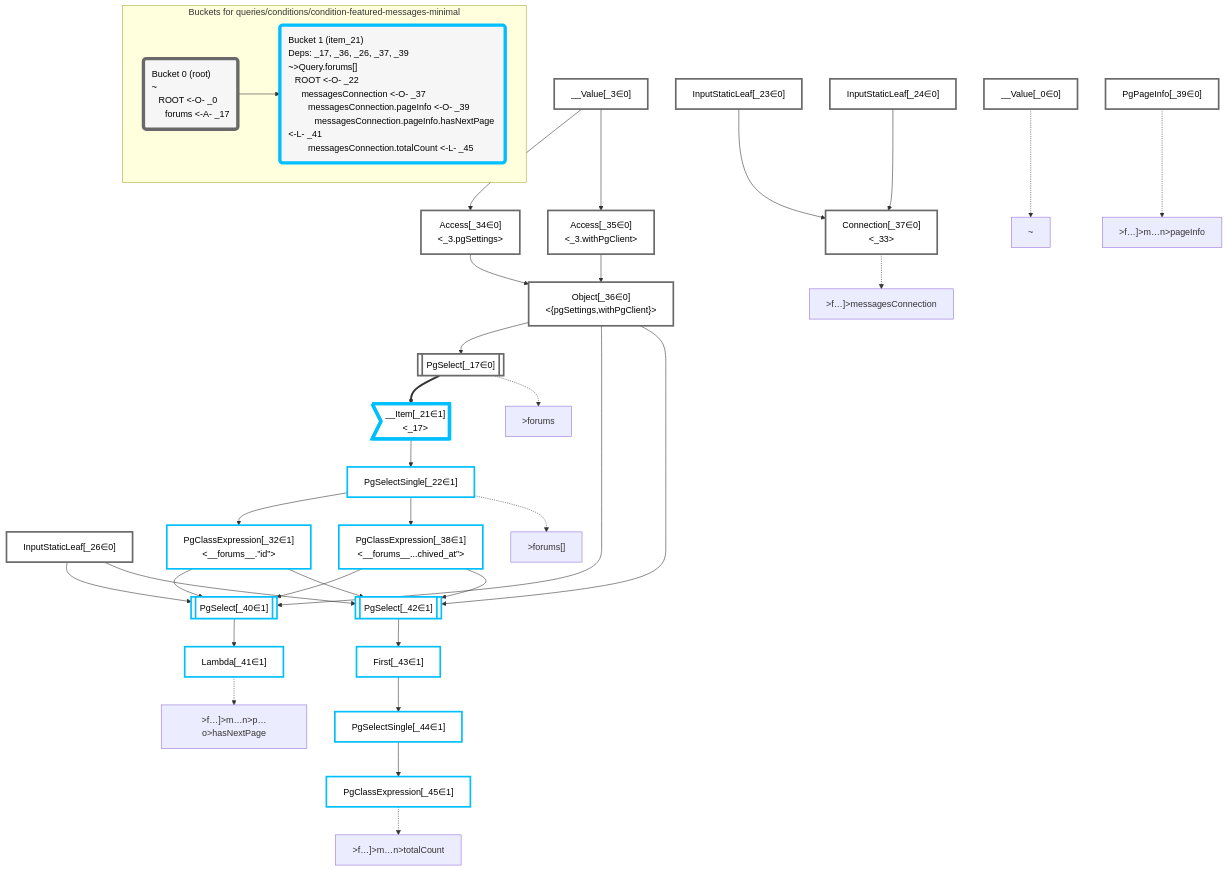
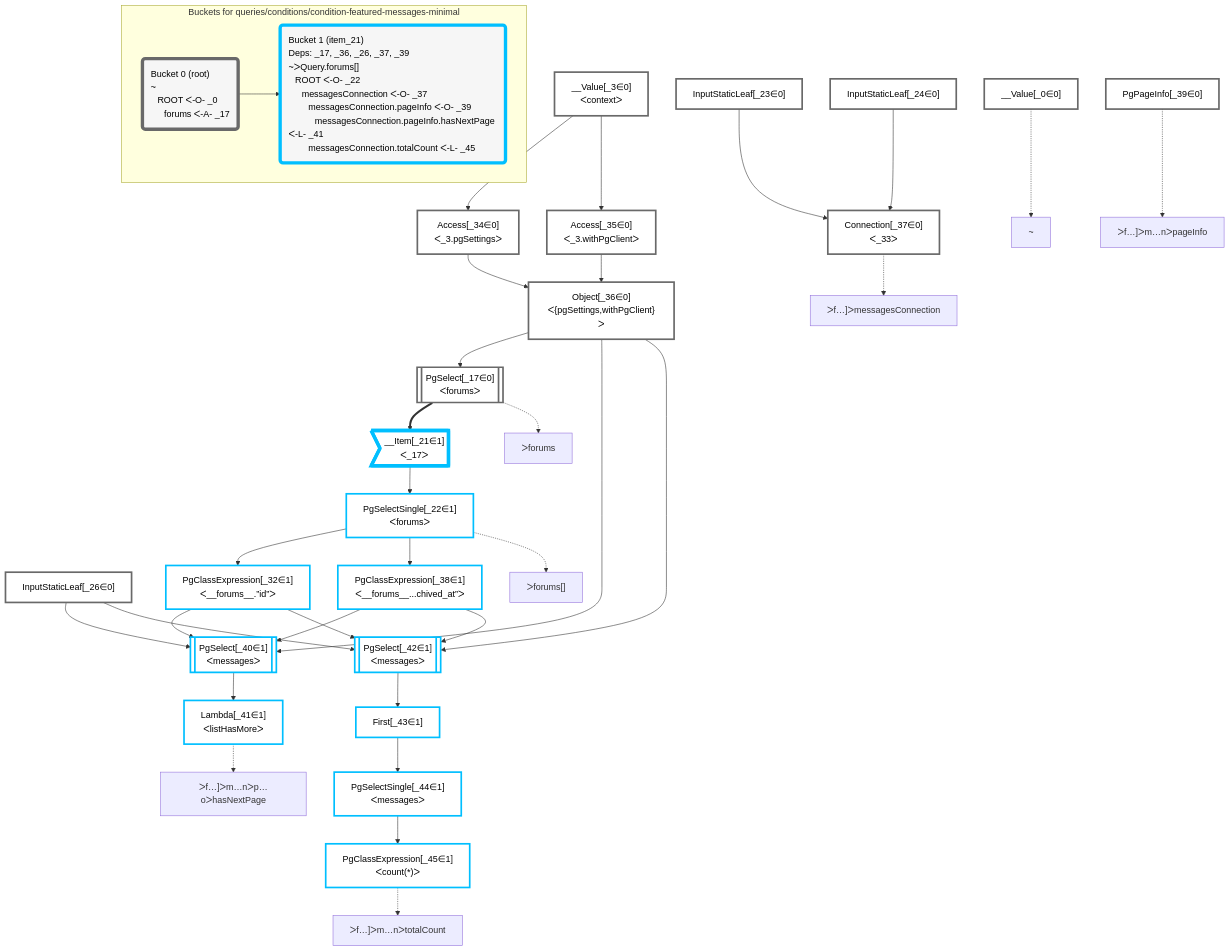
One commit to graphile/crystal changed the diagram in packages/dataplan-pg/__tests__/queries/conditions/condition-featured-messages-minimal.deopt.mermaid.md. Above: the diagram before and after it, drawn with Mermaid. The commit also changed 195 other files, not shown here.

```diff
--- a/packages/dataplan-pg/__tests__/queries/conditions/condition-featured-messages-minimal.deopt.mermaid.md
+++ b/packages/dataplan-pg/__tests__/queries/conditions/condition-featured-messages-minimal.deopt.mermaid.md
@@ -9,26 +9,26 @@
 
     %% define plans
     __Value_0["__Value[_0∈0]"]:::plan
-    __Value_3["__Value[_3∈0]<br /><context>"]:::plan
-    PgSelect_17[["PgSelect[_17∈0]<br /><forums>"]]:::plan
-    __Item_21>"__Item[_21∈1]<br /><_17>"]:::itemplan
-    PgSelectSingle_22["PgSelectSingle[_22∈1]<br /><forums>"]:::plan
+    __Value_3["__Value[_3∈0]<br />ᐸcontextᐳ"]:::plan
+    PgSelect_17[["PgSelect[_17∈0]<br />ᐸforumsᐳ"]]:::plan
+    __Item_21>"__Item[_21∈1]<br />ᐸ_17ᐳ"]:::itemplan
+    PgSelectSingle_22["PgSelectSingle[_22∈1]<br />ᐸforumsᐳ"]:::plan
     InputStaticLeaf_23["InputStaticLeaf[_23∈0]"]:::plan
     InputStaticLeaf_24["InputStaticLeaf[_24∈0]"]:::plan
     InputStaticLeaf_26["InputStaticLeaf[_26∈0]"]:::plan
-    PgClassExpression_32["PgClassExpression[_32∈1]<br /><__forums__.”id”>"]:::plan
-    Access_34["Access[_34∈0]<br /><_3.pgSettings>"]:::plan
-    Access_35["Access[_35∈0]<br /><_3.withPgClient>"]:::plan
-    Object_36["Object[_36∈0]<br /><{pgSettings,withPgClient}>"]:::plan
-    Connection_37["Connection[_37∈0]<br /><_33>"]:::plan
-    PgClassExpression_38["PgClassExpression[_38∈1]<br /><__forums__...chived_at”>"]:::plan
+    PgClassExpression_32["PgClassExpression[_32∈1]<br />ᐸ__forums__.”id”ᐳ"]:::plan
+    Access_34["Access[_34∈0]<br />ᐸ_3.pgSettingsᐳ"]:::plan
+    Access_35["Access[_35∈0]<br />ᐸ_3.withPgClientᐳ"]:::plan
+    Object_36["Object[_36∈0]<br />ᐸ{pgSettings,withPgClient}ᐳ"]:::plan
+    Connection_37["Connection[_37∈0]<br />ᐸ_33ᐳ"]:::plan
+    PgClassExpression_38["PgClassExpression[_38∈1]<br />ᐸ__forums__...chived_at”ᐳ"]:::plan
     PgPageInfo_39["PgPageInfo[_39∈0]"]:::plan
-    PgSelect_40[["PgSelect[_40∈1]<br /><messages>"]]:::plan
-    Lambda_41["Lambda[_41∈1]<br /><listHasMore>"]:::plan
-    PgSelect_42[["PgSelect[_42∈1]<br /><messages>"]]:::plan
+    PgSelect_40[["PgSelect[_40∈1]<br />ᐸmessagesᐳ"]]:::plan
+    Lambda_41["Lambda[_41∈1]<br />ᐸlistHasMoreᐳ"]:::plan
+    PgSelect_42[["PgSelect[_42∈1]<br />ᐸmessagesᐳ"]]:::plan
     First_43["First[_43∈1]"]:::plan
-    PgSelectSingle_44["PgSelectSingle[_44∈1]<br /><messages>"]:::plan
-    PgClassExpression_45["PgClassExpression[_45∈1]<br /><count(*)>"]:::plan
+    PgSelectSingle_44["PgSelectSingle[_44∈1]<br />ᐸmessagesᐳ"]:::plan
+    PgClassExpression_45["PgClassExpression[_45∈1]<br />ᐸcount(*)ᐳ"]:::plan
 
     %% plan dependencies
     Object_36 --> PgSelect_17
@@ -58,17 +58,17 @@
     %% plan-to-path relationships
     P_0["~"]
     __Value_0 -.-> P_0
-    P_17[">forums"]
+    P_17["ᐳforums"]
     PgSelect_17 -.-> P_17
-    P_22[">forums[]"]
+    P_22["ᐳforums[]"]
     PgSelectSingle_22 -.-> P_22
-    P_37[">f…]>messagesConnection"]
+    P_37["ᐳf…]ᐳmessagesConnection"]
     Connection_37 -.-> P_37
-    P_39[">f…]>m…n>pageInfo"]
+    P_39["ᐳf…]ᐳm…nᐳpageInfo"]
     PgPageInfo_39 -.-> P_39
-    P_41[">f…]>m…n>p…o>hasNextPage"]
+    P_41["ᐳf…]ᐳm…nᐳp…oᐳhasNextPage"]
     Lambda_41 -.-> P_41
-    P_45[">f…]>m…n>totalCount"]
+    P_45["ᐳf…]ᐳm…nᐳtotalCount"]
     PgClassExpression_45 -.-> P_45
 
     %% allocate buckets
@@ -78,9 +78,9 @@
     class __Item_21,PgSelectSingle_22,PgClassExpression_32,PgClassExpression_38,PgSelect_40,Lambda_41,PgSelect_42,First_43,PgSelectSingle_44,PgClassExpression_45 bucket1
 
     subgraph "Buckets for queries/conditions/condition-featured-messages-minimal"
-    Bucket0("Bucket 0 (root)<br />~<br />⠀ROOT <-O- _0<br />⠀⠀forums <-A- _17"):::bucket
+    Bucket0("Bucket 0 (root)<br />~<br />⠀ROOT ᐸ-O- _0<br />⠀⠀forums ᐸ-A- _17"):::bucket
     style Bucket0 stroke:#696969
-    Bucket1("Bucket 1 (item_21)<br />Deps: _17, _36, _26, _37, _39<br />~>Query.forums[]<br />⠀ROOT <-O- _22<br />⠀⠀messagesConnection <-O- _37<br />⠀⠀⠀messagesConnection.pageInfo <-O- _39<br />⠀⠀⠀⠀messagesConnection.pageInfo.hasNextPage <-L- _41<br />⠀⠀⠀messagesConnection.totalCount <-L- _45"):::bucket
+    Bucket1("Bucket 1 (item_21)<br />Deps: _17, _36, _26, _37, _39<br />~ᐳQuery.forums[]<br />⠀ROOT ᐸ-O- _22<br />⠀⠀messagesConnection ᐸ-O- _37<br />⠀⠀⠀messagesConnection.pageInfo ᐸ-O- _39<br />⠀⠀⠀⠀messagesConnection.pageInfo.hasNextPage ᐸ-L- _41<br />⠀⠀⠀messagesConnection.totalCount ᐸ-L- _45"):::bucket
     style Bucket1 stroke:#00bfff
     Bucket0 --> Bucket1
     end
```
